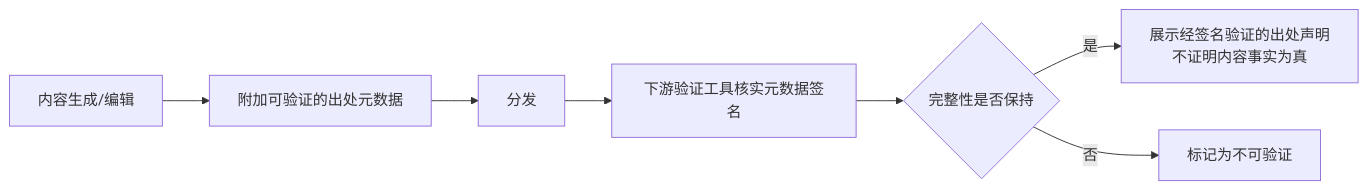
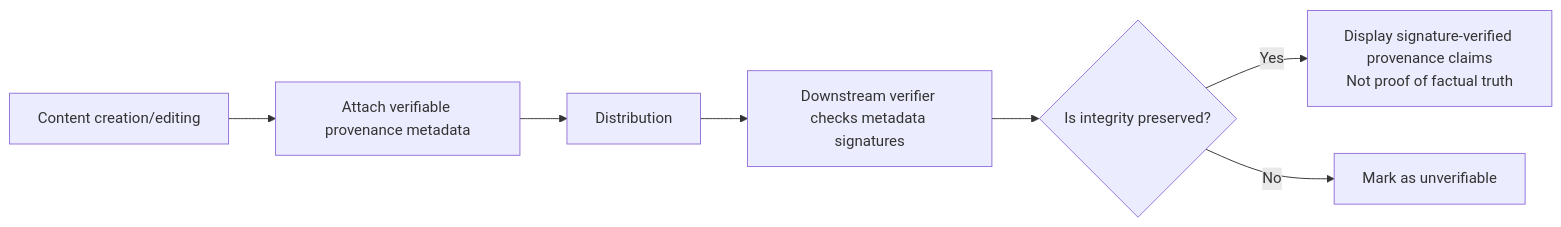
Before and after one commit to oneleaveknowsthefall/awesome-ai-roadmap: the second of 2 diagrams in docs/safety/05-assurance-governance/10-ai-governance-risk-classification-audit-provenance.md, drawn with Mermaid. The commit also changed other lines of this file and 82 other files, not shown here.

````diff
--- a/docs/safety/05-assurance-governance/10-ai-governance-risk-classification-audit-provenance.md
+++ b/docs/safety/05-assurance-governance/10-ai-governance-risk-classification-audit-provenance.md
@@ -78,9 +78,9 @@
 ```mermaid
 flowchart LR
-    C[内容生成/编辑] --> M[附加可验证的出处元数据]
-    M --> D[分发]
-    D --> V[下游验证工具核实元数据签名]
-    V --> T{完整性是否保持}
-    T -->|是| TRUST[展示经签名验证的出处声明<br/>不证明内容事实为真]
-    T -->|否| WARN[标记为不可验证]
+    C[Content creation/editing] --> M[Attach verifiable provenance metadata]
+    M --> D[Distribution]
+    D --> V[Downstream verifier checks metadata signatures]
+    V --> T{Is integrity preserved?}
+    T -->|Yes| TRUST[Display signature-verified provenance claims<br/>Not proof of factual truth]
+    T -->|No| WARN[Mark as unverifiable]
 ```
````
